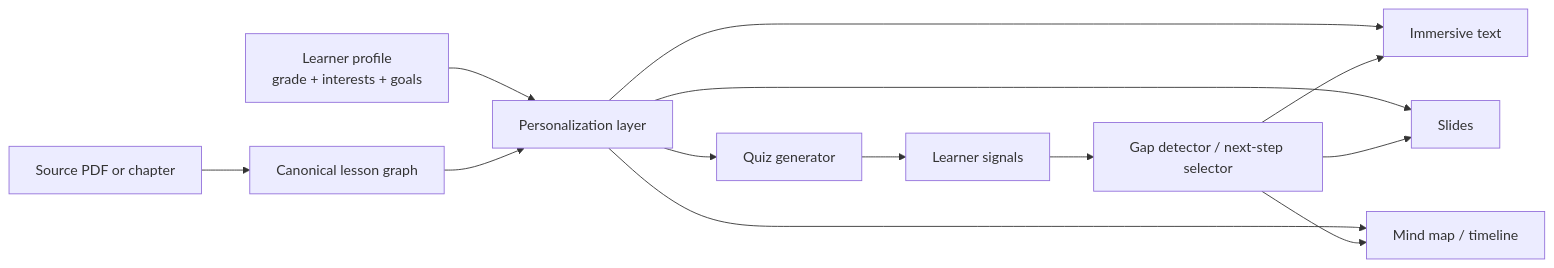
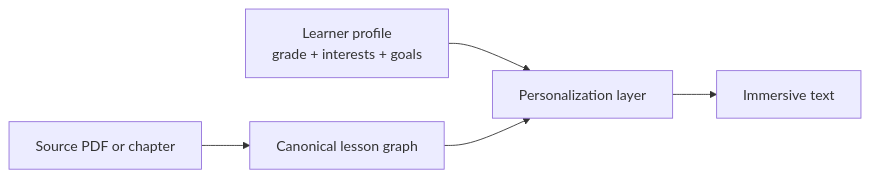
The diagram in docs/01-architecture.md (andromdaa/learn-your-way), drawn with Mermaid before and after one commit. The commit also changed other lines of this file, not shown here.

First line of the commit message:
Reconcile architecture docs with ADR-0016 scope cuts (#106)

````diff
--- a/docs/01-architecture.md
+++ b/docs/01-architecture.md
@@ -5,15 +5,7 @@
 ```mermaid
 flowchart LR
     A[Source PDF or chapter] --> B[Canonical lesson graph]
     U[Learner profile<br/>grade + interests + goals] --> C[Personalization layer]
     B --> C
     C --> D[Immersive text]
-    C --> E[Slides]
-    C --> F[Mind map / timeline]
-    C --> G[Quiz generator]
-    G --> H[Learner signals]
-    H --> I[Gap detector / next-step selector]
-    I --> D
-    I --> E
-    I --> F
 ```
````
